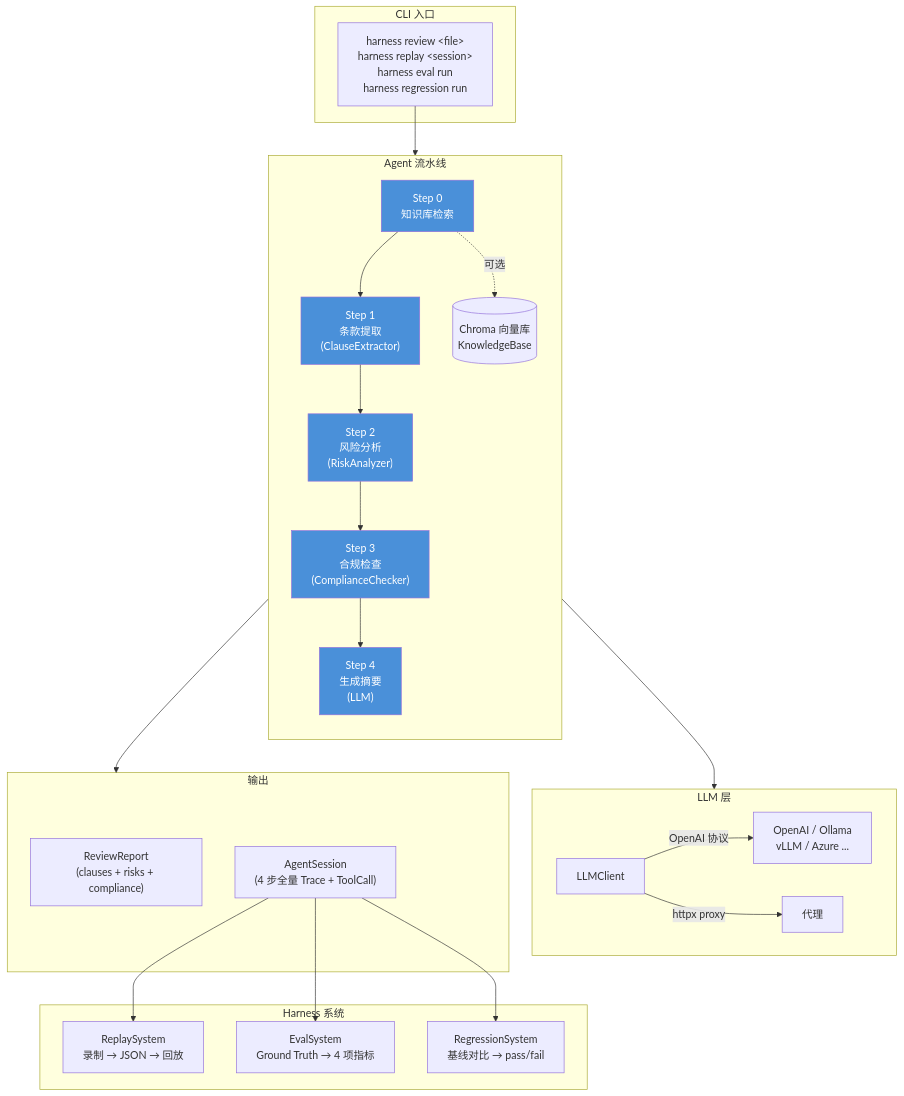
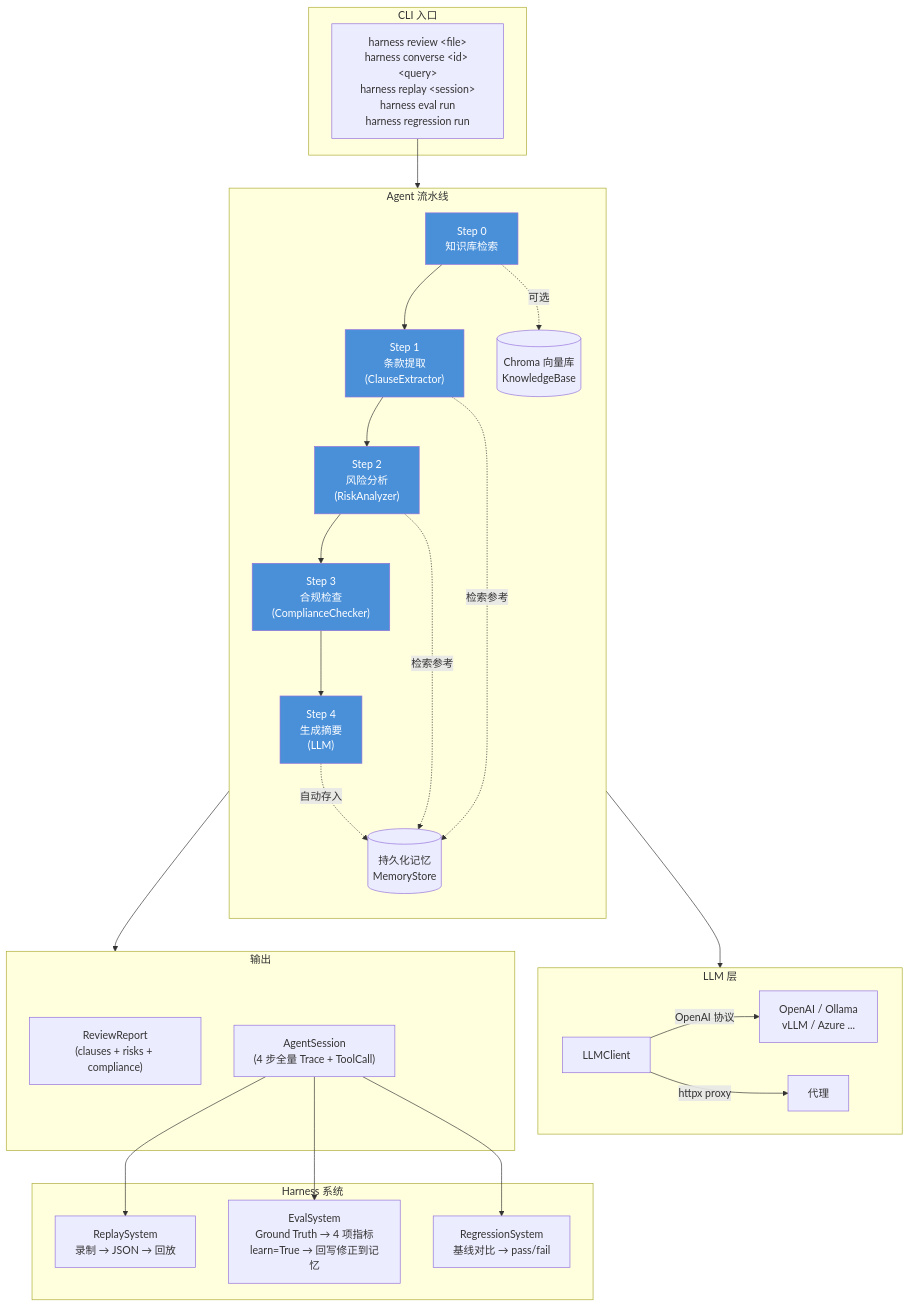
The diagram in README.md (w1051868626/contract_harness), drawn with Mermaid before and after one commit. The commit also changed other lines of this file and 2 other files, not shown here.

````diff
--- a/README.md
+++ b/README.md
@@ -97,40 +106,43 @@
 ```mermaid
 graph TB
     subgraph CLI["CLI 入口"]
-        CMD["harness review &lt;file&gt;<br/>harness replay &lt;session&gt;<br/>harness eval run<br/>harness regression run"]
+        CMD["harness review &lt;file&gt;<br/>harness converse &lt;id&gt; &lt;query&gt;<br/>harness replay &lt;session&gt;<br/>harness eval run<br/>harness regression run"]
     end
 
     subgraph AGENT["Agent 流水线"]
         direction TB
         S0["Step 0<br/>知识库检索"]:::step --> S1["Step 1<br/>条款提取<br/>(ClauseExtractor)"]:::step
         S1 --> S2["Step 2<br/>风险分析<br/>(RiskAnalyzer)"]:::step
         S2 --> S3["Step 3<br/>合规检查<br/>(ComplianceChecker)"]:::step
         S3 --> S4["Step 4<br/>生成摘要<br/>(LLM)"]:::step
+        S4 -.->|自动存入| MEM[("持久化记忆<br/>MemoryStore")]
+        S1 -.->|检索参考| MEM
+        S2 -.->|检索参考| MEM
         S0 -.->|可选| KB[("Chroma 向量库<br/>KnowledgeBase")]
     end
 
     subgraph LLM["LLM 层"]
         LLMC["LLMClient"] -->|OpenAI 协议| APIS["OpenAI / Ollama<br/>vLLM / Azure ..."]
         LLMC -->|httpx proxy| PROXY["代理"]
     end
 
     subgraph OUTPUT["输出"]
         REPORT["ReviewReport<br/>(clauses + risks + compliance)"]
         SESSION["AgentSession<br/>(4 步全量 Trace + ToolCall)"]
     end
 
     subgraph HARNESS["Harness 系统"]
         REPLAY["ReplaySystem<br/>录制 → JSON → 回放"]
-        EVAL["EvalSystem<br/>Ground Truth → 4 项指标"]
+        EVAL["EvalSystem<br/>Ground Truth → 4 项指标<br/>learn=True → 回写修正到记忆"]
         REGR["RegressionSystem<br/>基线对比 → pass/fail"]
     end
 
     AGENT --> LLM
     AGENT --> OUTPUT
     SESSION --> REPLAY
     SESSION --> EVAL
     SESSION --> REGR
     CMD --> AGENT
 
     classDef step fill:#4a90d9,color:#fff
 ```
````
